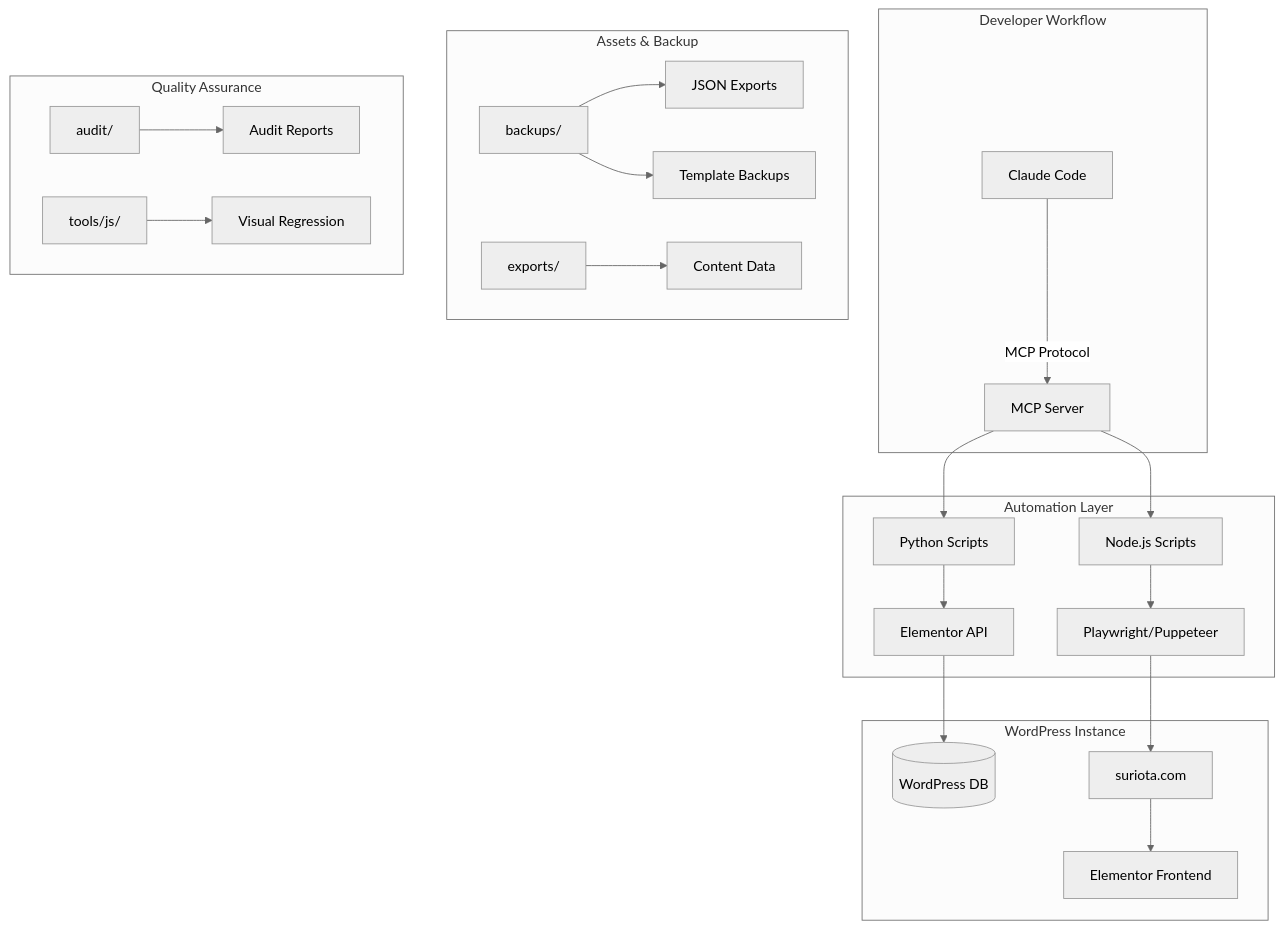
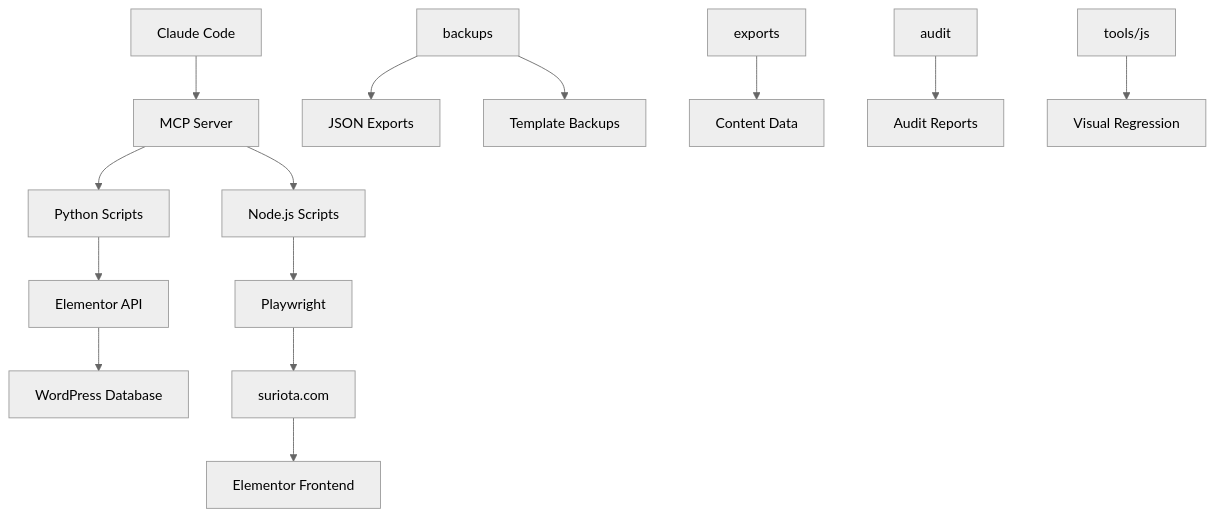
The first of 3 diagrams in README.md (GifariKemal/suriota-stack-web), drawn with Mermaid (neutral theme) before and after one commit. The commit also changed other lines of this file and 7 other files, not shown here.

First line of the commit message:
docs: professional README v2 — fix Mermaid, remove placeholder, unify English

````diff
--- a/README.md
+++ b/README.md
@@ -51,30 +48,16 @@
 ```mermaid
 graph TB
-    subgraph "Developer Workflow"
-        A[Claude Code] -->|MCP Protocol| B[MCP Server]
-    end
-
-    subgraph "Automation Layer"
-        B --> C[Python Scripts]
-        B --> D[Node.js Scripts]
-        C --> E[Elementor API]
-        D --> F[Playwright/Puppeteer]
-    end
-
-    subgraph "WordPress Instance"
-        E --> G[(WordPress DB)]
-        F --> H[suriota.com]
-        H --> I[Elementor Frontend]
-    end
-
-    subgraph "Assets & Backup"
-        J[backups/] --> K[JSON Exports]
-        J --> L[Template Backups]
-        M[exports/] --> N[Content Data]
-    end
-
-    subgraph "Quality Assurance"
-        O[audit/] --> P[Audit Reports]
-        Q[tools/js/] --> R[Visual Regression]
-    end
+    A[Claude Code] --> B[MCP Server]
+    B --> C[Python Scripts]
+    B --> D[Node.js Scripts]
+    C --> E[Elementor API]
+    D --> F[Playwright]
+    E --> G[WordPress Database]
+    F --> H[suriota.com]
+    H --> I[Elementor Frontend]
+    J[backups] --> K[JSON Exports]
+    J --> L[Template Backups]
+    M[exports] --> N[Content Data]
+    O[audit] --> P[Audit Reports]
+    Q[tools/js] --> R[Visual Regression]
 ```
````
